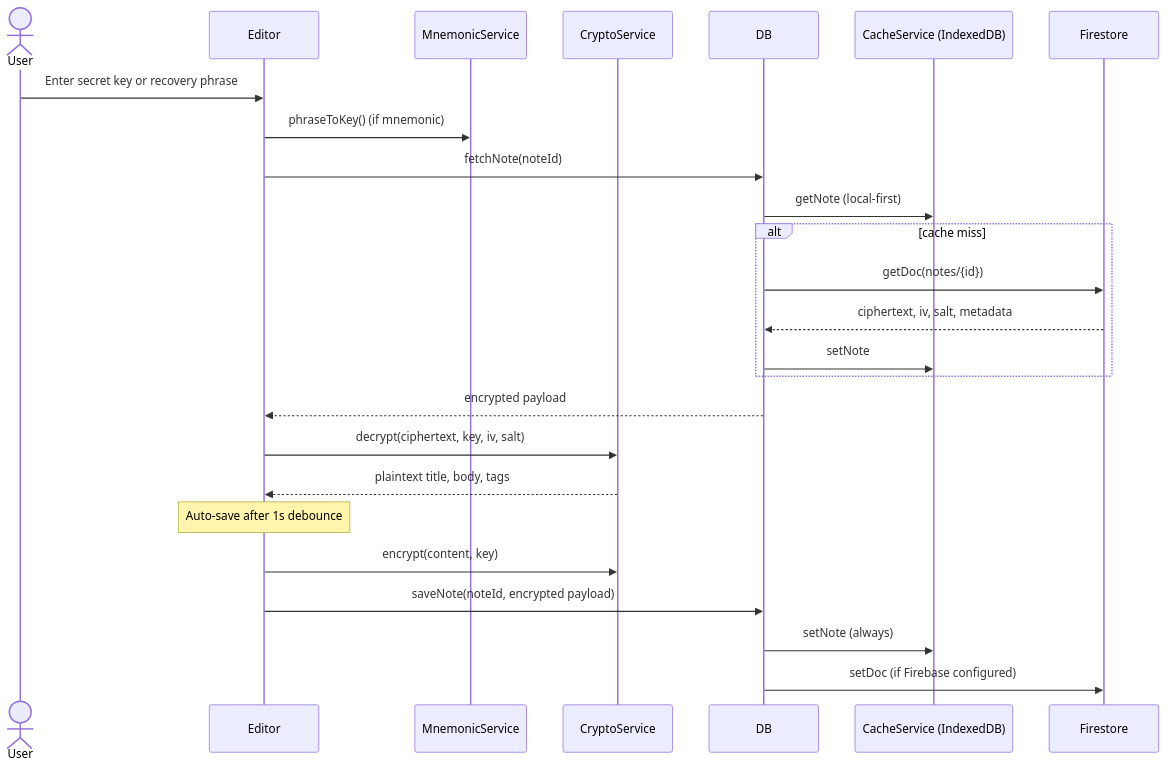
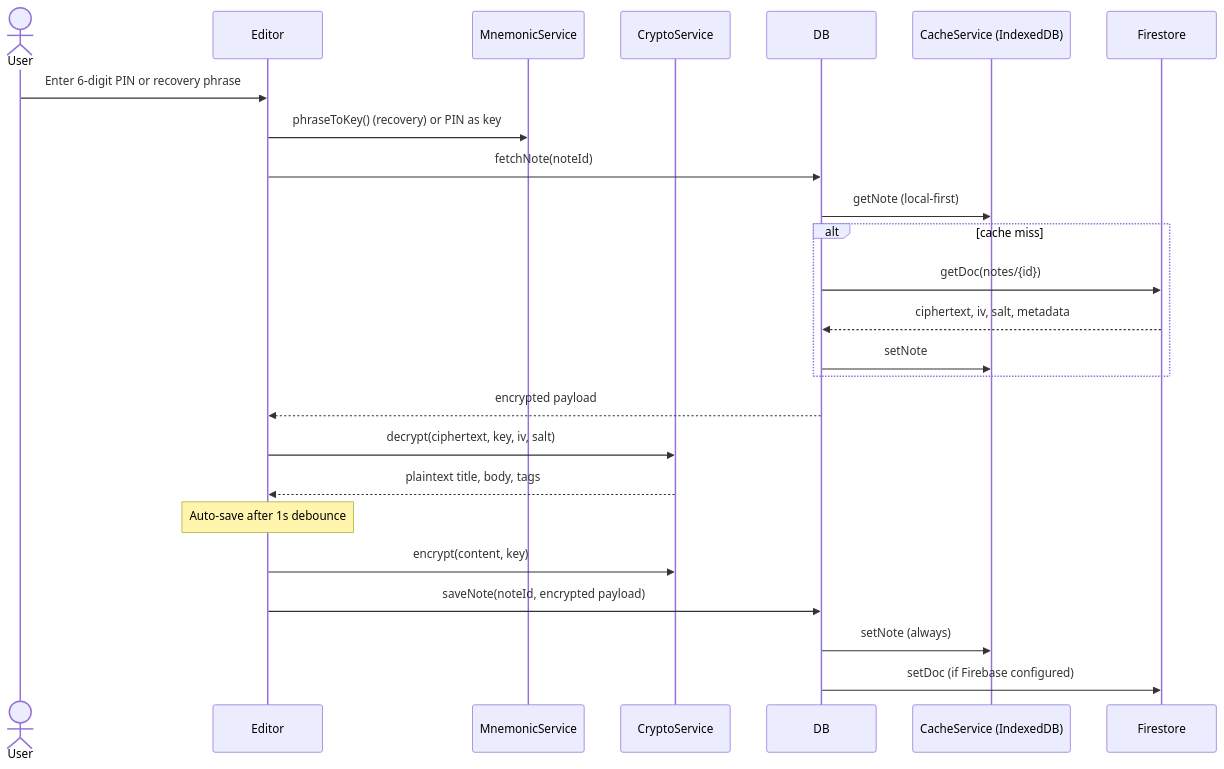
Before and after one commit to Maijied/Lorapok-MindNode: the third of 4 diagrams in ARCHITECTURE.md, drawn with Mermaid. The commit also changed other lines of this file and 13 other files, not shown here.

First line of the commit message:
Add how-to guide and recovery-first PIN unlock flow.

````diff
--- a/ARCHITECTURE.md
+++ b/ARCHITECTURE.md
@@ -112,28 +121,28 @@
 ```mermaid
 sequenceDiagram
     actor User
     participant Editor
     participant Mnemonic as MnemonicService
     participant Crypto as CryptoService
     participant DB
     participant Cache as CacheService (IndexedDB)
     participant Firestore
 
-    User->>Editor: Enter secret key or recovery phrase
-    Editor->>Mnemonic: phraseToKey() (if mnemonic)
+    User->>Editor: Enter 6-digit PIN or recovery phrase
+    Editor->>Mnemonic: phraseToKey() (recovery) or PIN as key
     Editor->>DB: fetchNote(noteId)
     DB->>Cache: getNote (local-first)
     alt cache miss
         DB->>Firestore: getDoc(notes/{id})
         Firestore-->>DB: ciphertext, iv, salt, metadata
         DB->>Cache: setNote
     end
     DB-->>Editor: encrypted payload
     Editor->>Crypto: decrypt(ciphertext, key, iv, salt)
     Crypto-->>Editor: plaintext title, body, tags
     Note over Editor: Auto-save after 1s debounce
     Editor->>Crypto: encrypt(content, key)
     Editor->>DB: saveNote(noteId, encrypted payload)
     DB->>Cache: setNote (always)
     DB->>Firestore: setDoc (if Firebase configured)
 ```
````
